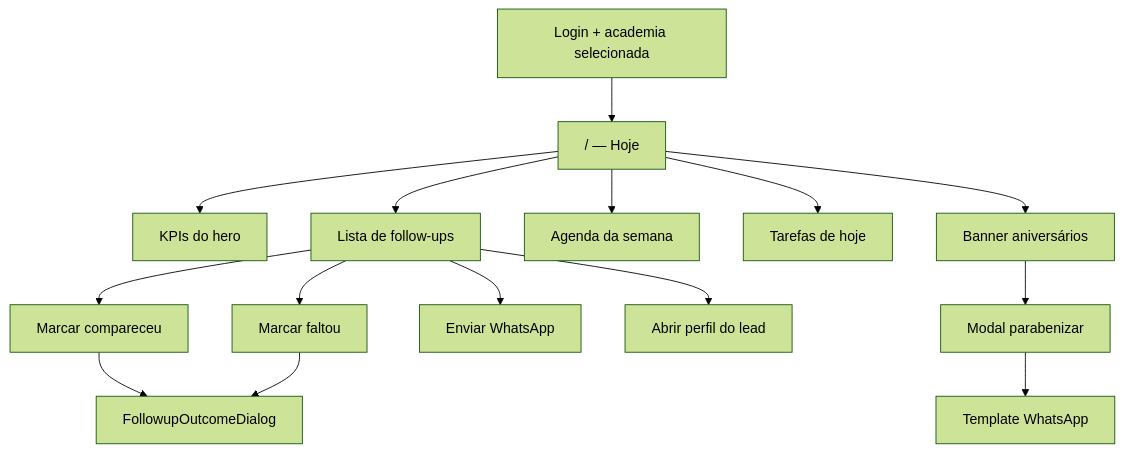
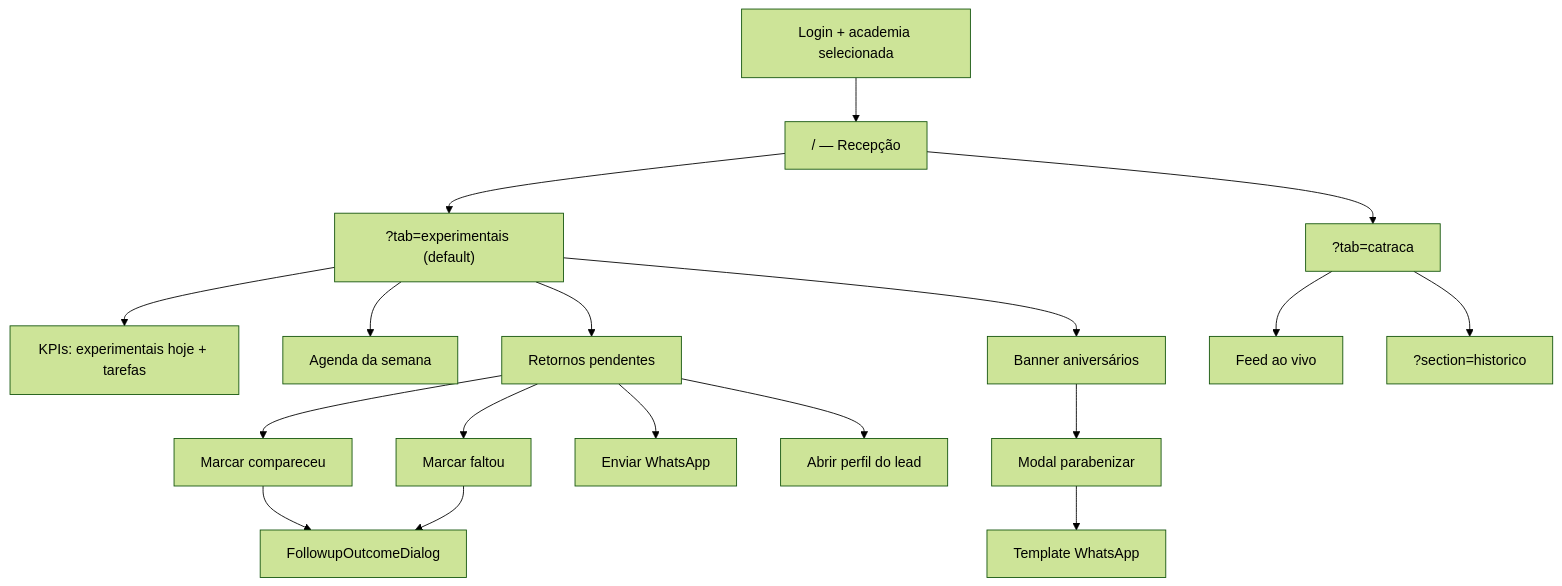
One commit to brunaamaralp/bjj changed the diagram in docs/flows/crm/hoje-dashboard.md. Above: the diagram before and after it, drawn with Mermaid (forest theme). The commit also changed other lines of this file and 86 other files, not shown here.

````diff
--- a/docs/flows/crm/hoje-dashboard.md
+++ b/docs/flows/crm/hoje-dashboard.md
@@ -33,17 +34,20 @@
 ```mermaid
 flowchart TD
-  login[Login + academia selecionada] --> hoje["/ — Hoje"]
-  hoje --> kpi[KPIs do hero]
-  hoje --> followup[Lista de follow-ups]
-  hoje --> agenda[Agenda da semana]
-  hoje --> tasks[Tarefas de hoje]
-  hoje --> birthday[Banner aniversários]
+  login[Login + academia selecionada] --> recepcao["/ — Recepção"]
+  recepcao --> tabExp["?tab=experimentais (default)"]
+  recepcao --> tabCat["?tab=catraca"]
+  tabExp --> kpi[KPIs: experimentais hoje + tarefas]
+  tabExp --> agenda[Agenda da semana]
+  tabExp --> followup[Retornos pendentes]
+  tabExp --> birthday[Banner aniversários]
+  tabCat --> live[Feed ao vivo]
+  tabCat --> hist["?section=historico"]
   followup --> attended[Marcar compareceu]
   followup --> missed[Marcar faltou]
   followup --> whatsapp[Enviar WhatsApp]
   followup --> profile[Abrir perfil do lead]
   attended --> outcome[FollowupOutcomeDialog]
   missed --> outcome
   birthday --> birthdayModal[Modal parabenizar]
   birthdayModal --> whatsappBirthday[Template WhatsApp]
 ```
````
